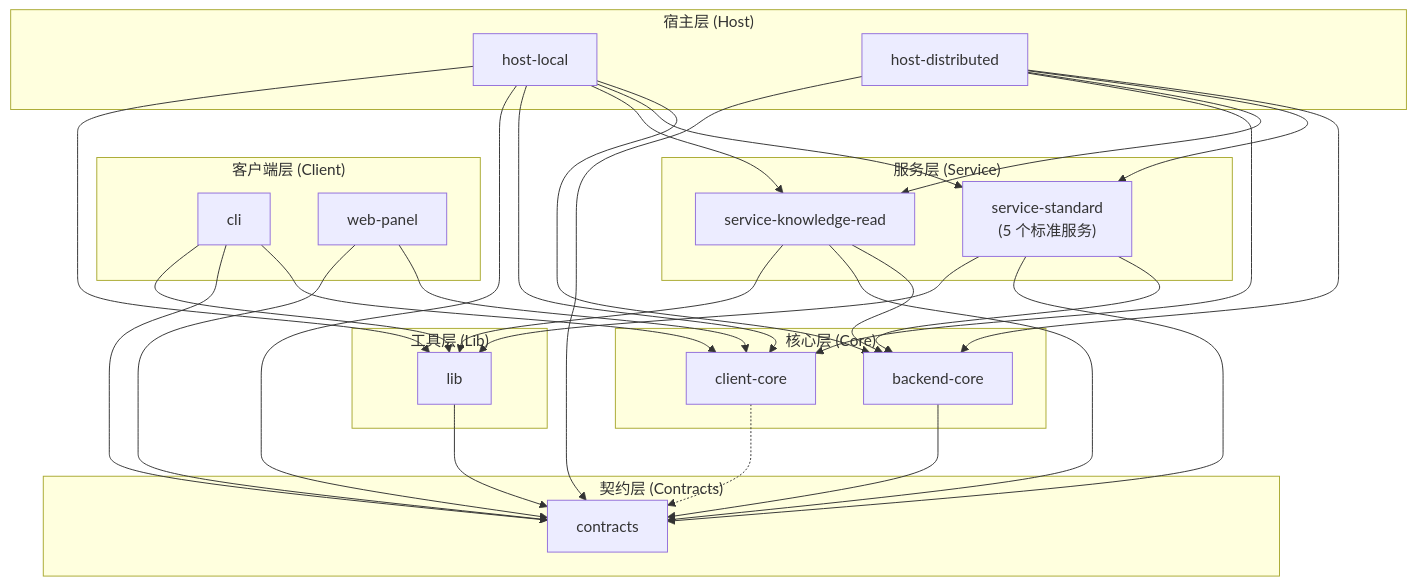
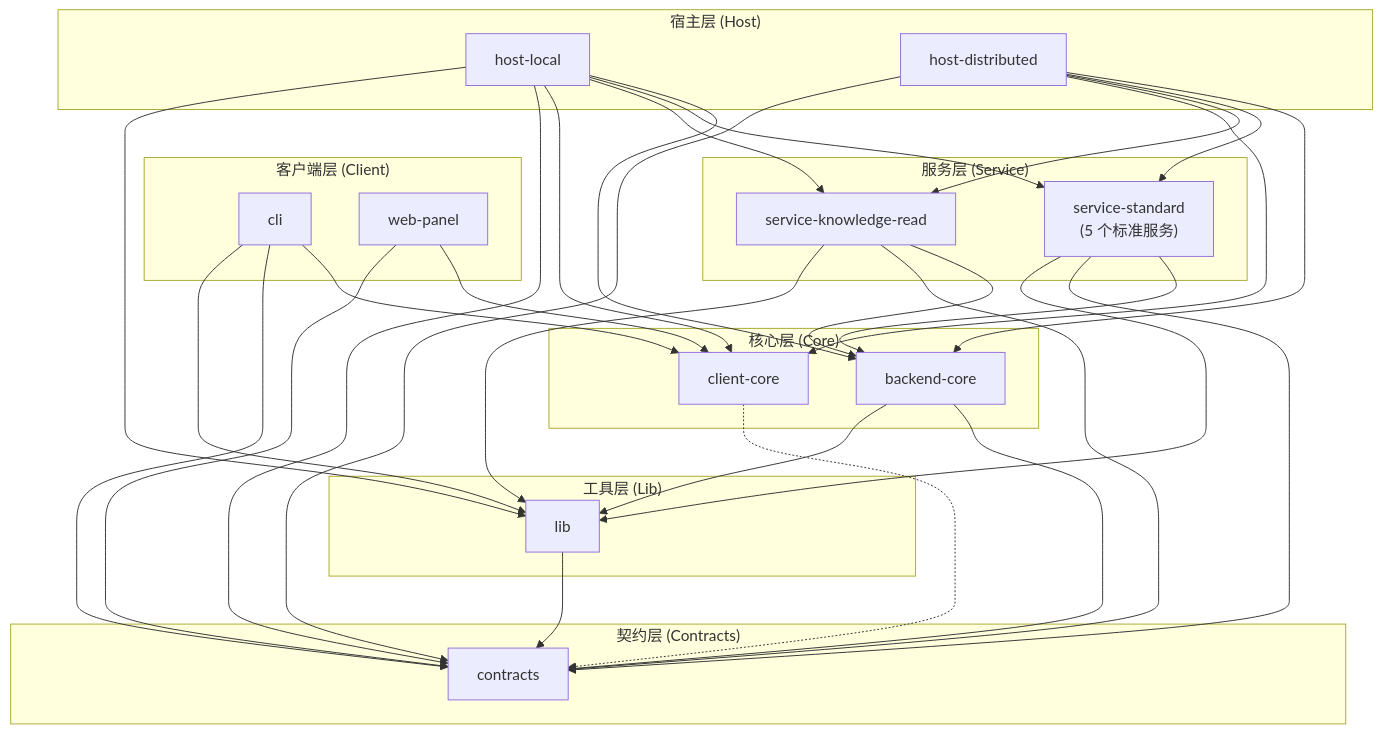
Before and after one commit to pofossette/TrapMap-for-vibing: the diagram in docs/architecture/BOUNDARIES.md, drawn with Mermaid. The commit also changed other lines of this file and 19 other files, not shown here.

Commit message:
feat(cron): add cron infrastructure — croner wrapper, contracts schema, domain rules, cron_jobs table

````diff
--- a/docs/architecture/BOUNDARIES.md
+++ b/docs/architecture/BOUNDARIES.md
@@ -42,63 +42,64 @@
 ```mermaid
 flowchart TB
     subgraph 宿主层["宿主层 (Host)"]
         host-local["host-local"]
         host-distributed["host-distributed"]
     end
 
     subgraph 客户端层["客户端层 (Client)"]
         cli["cli"]
         web-panel["web-panel"]
     end
 
     subgraph 服务层["服务层 (Service)"]
         service-standard["service-standard<br/>(5 个标准服务)"]
         service-knowledge-read["service-knowledge-read"]
     end
 
     subgraph 核心层["核心层 (Core)"]
         backend-core["backend-core"]
         client-core["client-core"]
     end
 
     subgraph 工具层["工具层 (Lib)"]
         lib["lib"]
     end
 
     subgraph 契约层["契约层 (Contracts)"]
         contracts["contracts"]
     end
 
     host-local --> backend-core
     host-local --> service-standard
     host-local --> service-knowledge-read
     host-local --> client-core
     host-local --> contracts
     host-local --> lib
 
     host-distributed --> backend-core
     host-distributed --> service-standard
     host-distributed --> service-knowledge-read
     host-distributed --> client-core
     host-distributed --> contracts
 
     service-standard --> backend-core
     service-standard --> contracts
     service-standard --> lib
 
     service-knowledge-read --> backend-core
     service-knowledge-read --> contracts
     service-knowledge-read --> lib
 
     backend-core --> contracts
+    backend-core --> lib
 
     cli --> client-core
     cli --> contracts
     cli --> lib
 
     web-panel --> client-core
     web-panel --> contracts
 
     client-core -.-> contracts
     lib --> contracts
 ```
````
